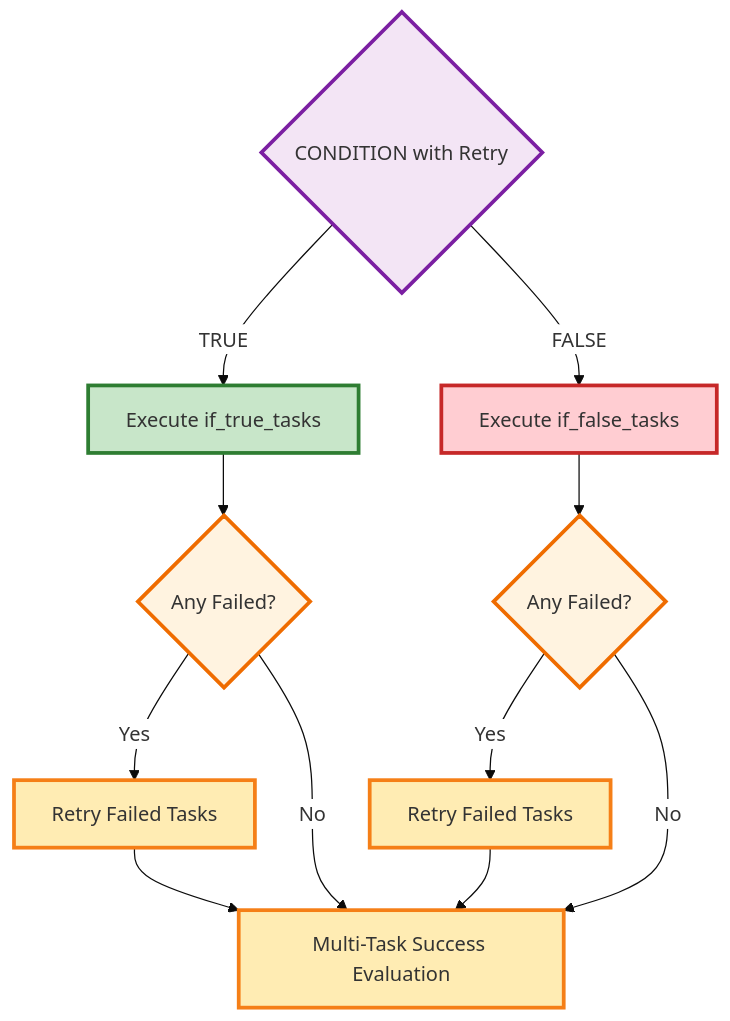
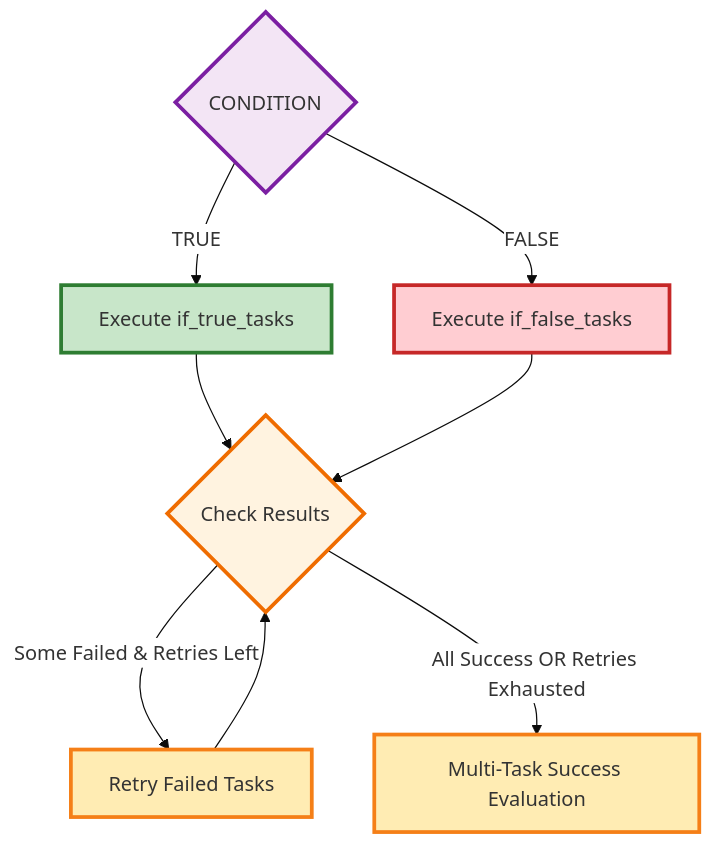
Before and after one commit to bastelbude1/Tasker: diagram 11 of 14 in TaskER_FlowChart.md, drawn with Mermaid. The commit also changed other lines of this file, not shown here.

First line of the commit message:
Fix: Correct retry logic graphs and naming consistency

````diff
--- a/TaskER_FlowChart.md
+++ b/TaskER_FlowChart.md
@@ -535,23 +519,18 @@
 ```mermaid
 %%{init: {'theme':'base', 'themeVariables': {'primaryColor':'#ffffff'}}}%%
 flowchart TD
-    A{CONDITION with Retry} -->|TRUE| B[Execute if_true_tasks]
+    A{CONDITION} -->|TRUE| B[Execute if_true_tasks]
     A -->|FALSE| C[Execute if_false_tasks]
-    B --> D{Any Failed?}
-    C --> E{Any Failed?}
-    D -->|Yes| F[Retry Failed Tasks]
-    E -->|Yes| G[Retry Failed Tasks]
-    D -->|No| H[Multi-Task Success Evaluation]
-    E -->|No| H
-    F --> H
-    G --> H
+    B --> D{Check Results}
+    C --> D
+    D -->|Some Failed & Retries Left| E[Retry Failed Tasks]
+    E --> D
+    D -->|All Success OR Retries Exhausted| F[Multi-Task Success Evaluation]
 
     style A fill:#f3e5f5,stroke:#7b1fa2,stroke-width:3px
     style B fill:#c8e6c9,stroke:#2e7d32,stroke-width:3px
     style C fill:#ffcdd2,stroke:#c62828,stroke-width:3px
     style D fill:#fff3e0,stroke:#ef6c00,stroke-width:3px
-    style E fill:#fff3e0,stroke:#ef6c00,stroke-width:3px
+    style E fill:#ffecb3,stroke:#f57f17,stroke-width:3px
     style F fill:#ffecb3,stroke:#f57f17,stroke-width:3px
-    style G fill:#ffecb3,stroke:#f57f17,stroke-width:3px
-    style H fill:#ffecb3,stroke:#f57f17,stroke-width:3px
 ```
````
